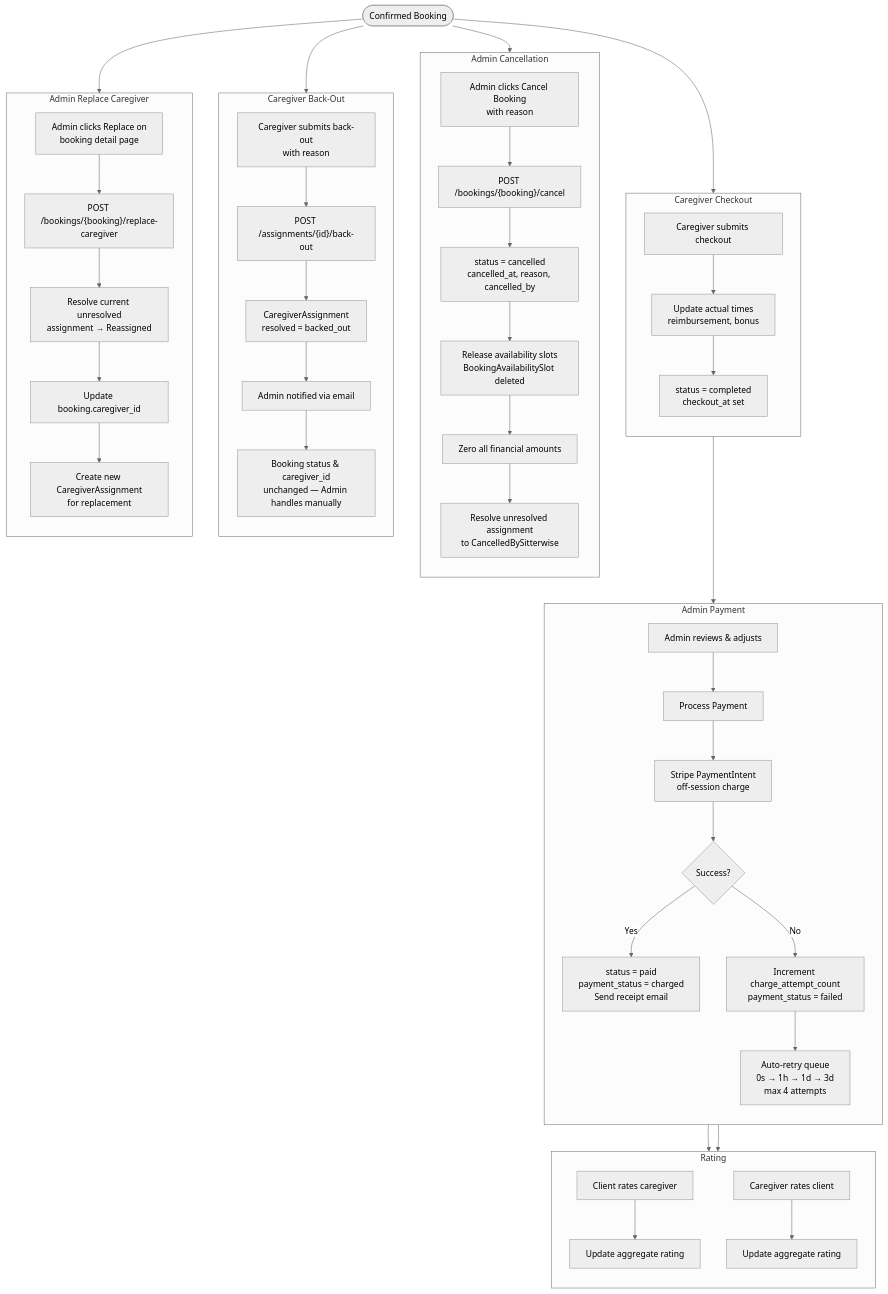
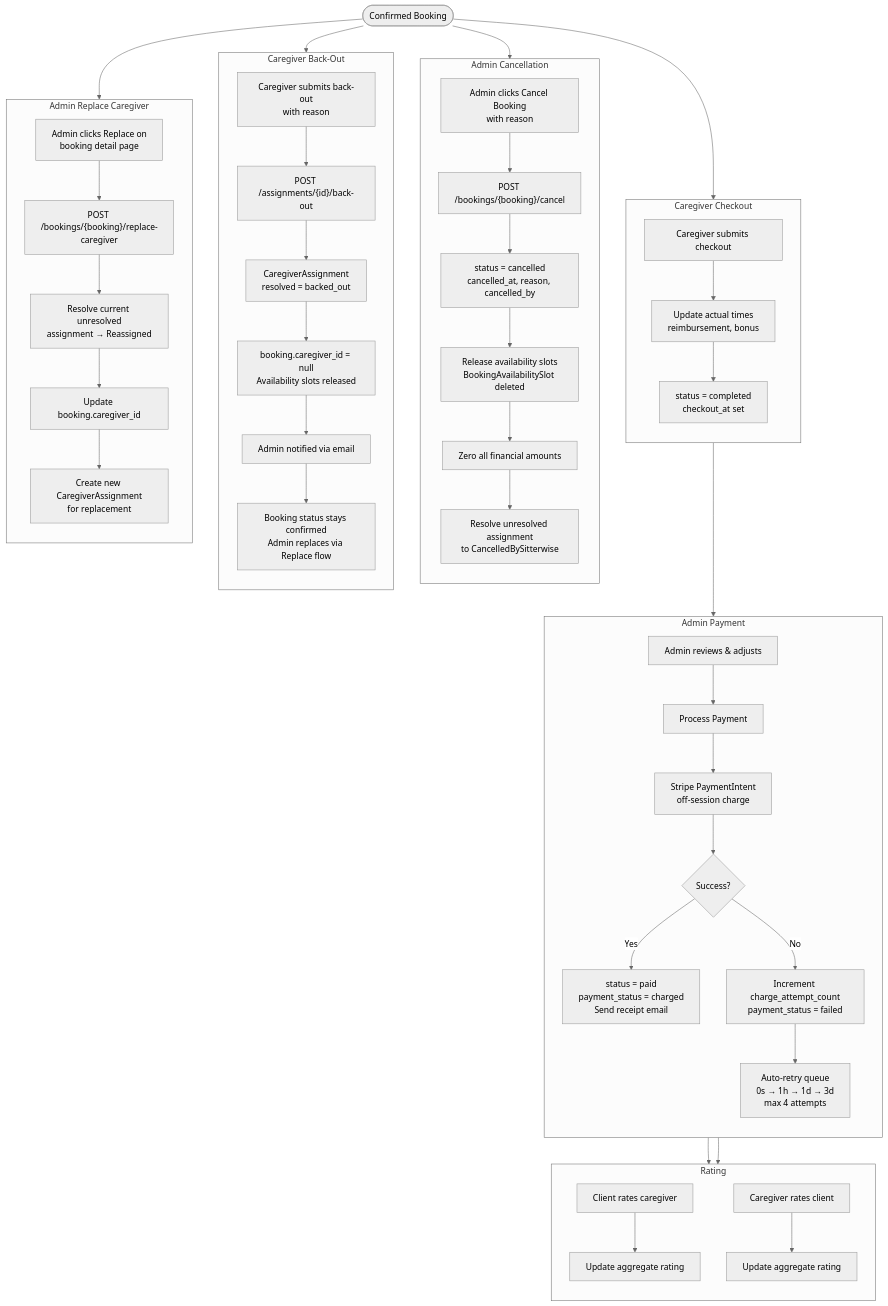
Before and after one commit to r00t4bl3/sitterwise: the fifth of 12 diagrams in docs/booking-flow.md, drawn with Mermaid (neutral theme). The commit also changed 14 other files, not shown here.

````diff
--- a/docs/booking-flow.md
+++ b/docs/booking-flow.md
@@ -187,58 +187,59 @@
 ```mermaid
 flowchart TD
     START(["Confirmed Booking"]) --> CO
     START --> BO
     START --> RC
     START --> CA
 
     subgraph CO["Caregiver Checkout"]
         direction TB
         CO1[Caregiver submits checkout] --> CO2[Update actual times<br/>reimbursement, bonus]
         CO2 --> CO3[status = completed<br/>checkout_at set]
     end
 
     subgraph Payment["Admin Payment"]
         direction TB
         P1[Admin reviews & adjusts] --> P2[Process Payment]
         P2 --> P3[Stripe PaymentIntent<br/>off-session charge]
         P3 --> P4{Success?}
         P4 -->|Yes| P5[status = paid<br/>payment_status = charged<br/>Send receipt email]
         P4 -->|No| P6[Increment charge_attempt_count<br/>payment_status = failed]
         P6 --> P7[Auto-retry queue<br/>0s → 1h → 1d → 3d<br/>max 4 attempts]
     end
 
     subgraph Rating["Rating"]
         direction TB
         R1[Client rates caregiver] --> R2[Update aggregate rating]
         R3[Caregiver rates client] --> R4[Update aggregate rating]
     end
 
     subgraph CA["Admin Cancellation"]
         direction TB
         CA1[Admin clicks Cancel Booking<br/>with reason] --> CA2["POST /bookings/{booking}/cancel"]
         CA2 --> CA3[status = cancelled<br/>cancelled_at, reason, cancelled_by]
         CA3 --> CA3b[Release availability slots<br/>BookingAvailabilitySlot deleted]
         CA3b --> CA4[Zero all financial amounts]
         CA4 --> CA5[Resolve unresolved assignment<br/>to CancelledBySitterwise]
     end
 
     subgraph BO["Caregiver Back-Out"]
         direction TB
         BO1[Caregiver submits back-out<br/>with reason] --> BO2["POST /assignments/{id}/back-out"]
         BO2 --> BO3[CaregiverAssignment<br/>resolved = backed_out]
-        BO3 --> BO4[Admin notified via email]
-        BO4 --> BO5[Booking status & caregiver_id<br/>unchanged — Admin handles manually]
+        BO3 --> BO3b[booking.caregiver_id = null<br/>Availability slots released]
+        BO3b --> BO4[Admin notified via email]
+        BO4 --> BO5[Booking status stays confirmed<br/>Admin replaces via Replace flow]
     end
 
     subgraph RC["Admin Replace Caregiver"]
         direction TB
         RC1[Admin clicks Replace on<br/>booking detail page] --> RC2["POST /bookings/{booking}/replace-caregiver"]
         RC2 --> RC3[Resolve current unresolved<br/>assignment → Reassigned]
         RC3 --> RC4[Update booking.caregiver_id]
         RC4 --> RC5[Create new CaregiverAssignment<br/>for replacement]
     end
 
     CO3 --> P1
     P5 --> R1
     P5 --> R3
 ```
````
